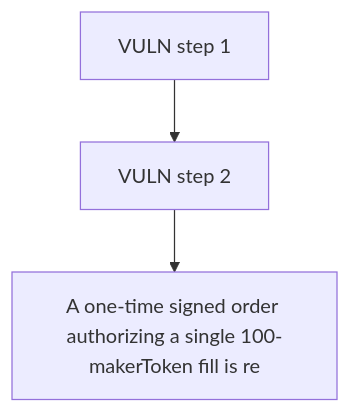
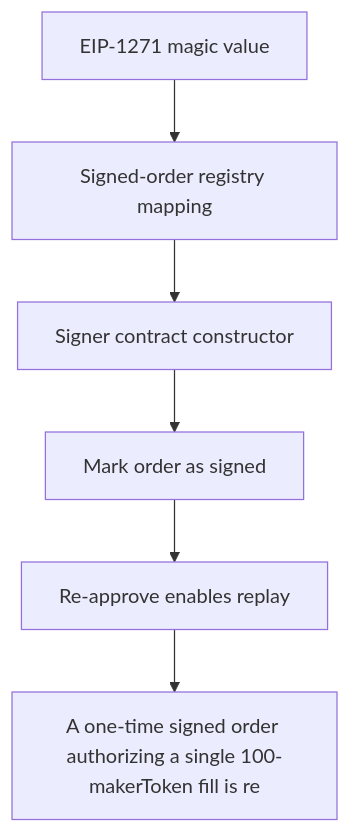
One commit to sanbir/evm-hack-registry changed the diagram in 63501-replay-attack-via-balance-based-nonce-mixbytes-none-barter-d_exp/63501-replay-attack-via-balance-based-nonce-mixbytes-none-barter-d_exp.md. Above: the diagram before and after it, drawn with Mermaid. The commit also changed other lines of this file and 79 other files, not shown here.

````diff
--- a/63501-replay-attack-via-balance-based-nonce-mixbytes-none-barter-d_exp/63501-replay-attack-via-balance-based-nonce-mixbytes-none-barter-d_exp.md
+++ b/63501-replay-attack-via-balance-based-nonce-mixbytes-none-barter-d_exp/63501-replay-attack-via-balance-based-nonce-mixbytes-none-barter-d_exp.md
@@ -28,8 +28,14 @@
 ```mermaid
 flowchart TD
-  S0["VULN step 1"]
-  S1["VULN step 2"]
+  S0["EIP-1271 magic value"]
+  S1["Signed-order registry mapping"]
+  S2["Signer contract constructor"]
+  S3["Mark order as signed"]
+  S4["Re-approve enables replay"]
   H["A one-time signed order authorizing a single 100-makerToken fill is re"]
   S0 --> S1
-  S1 --> H
+  S1 --> S2
+  S2 --> S3
+  S3 --> S4
+  S4 --> H
 ```
````
